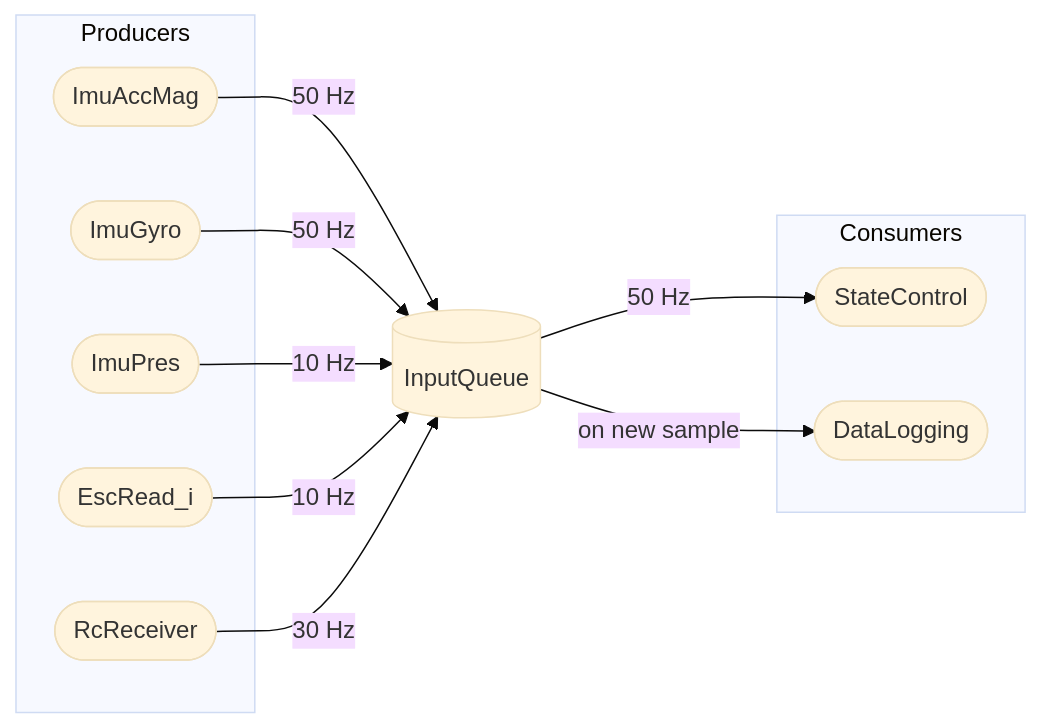
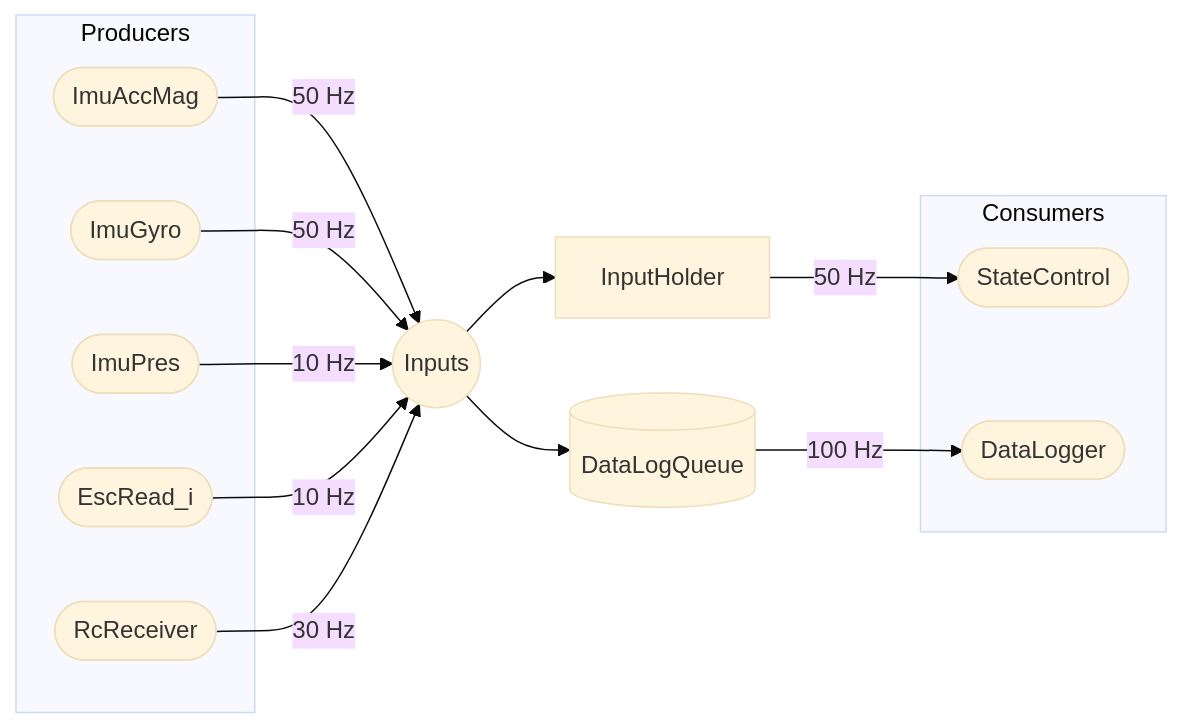
One commit to real-tintin/ugglan changed the first of 2 diagrams in doc/source/drone.rst. Above: the diagram before and after it, drawn with Mermaid (base theme). The commit also changed other lines of this file, not shown here.

```diff
--- a/doc/source/drone.rst
+++ b/doc/source/drone.rst
@@ -21,34 +21,42 @@
 .. mermaid::
     :caption: Overview of the drone software design. Tasks are stadium-shaped nodes.
 
     graph LR
         ImuAccMag([ImuAccMag])
         ImuGyro([ImuGyro])
         ImuPres([ImuPres])
+
         EscRead_i([EscRead_i])
         RcReceiver([RcReceiver])
+
+        Inputs((Inputs))
+        InputHolder[InputHolder]
+        DataLogQueue[(DataLogQueue)]
+
         StateControl([StateControl])
-        DataLogging([DataLogging])
-        InputQueue[(InputQueue)]
+        DataLogger([DataLogger])
 
-        ImuAccMag -- 50 Hz --> InputQueue
-        ImuGyro -- 50 Hz --> InputQueue
-        ImuPres -- 10 Hz --> InputQueue
-        EscRead_i -- 10 Hz --> InputQueue
-        RcReceiver -- 30 Hz --> InputQueue
+        ImuAccMag -- 50 Hz --> Inputs
+        ImuGyro -- 50 Hz --> Inputs
+        ImuPres -- 10 Hz --> Inputs
+        EscRead_i -- 10 Hz --> Inputs
+        RcReceiver -- 30 Hz --> Inputs
 
-        InputQueue -- 50 Hz--> StateControl
-        InputQueue -- on new sample --> DataLogging
+        Inputs --> InputHolder
+        Inputs --> DataLogQueue
+
+        InputHolder -- 50 Hz--> StateControl
+        DataLogQueue -- 100 Hz --> DataLogger
 
         subgraph Producers
         ImuAccMag
         ImuGyro
         ImuPres
         EscRead_i
         RcReceiver
         end
 
         subgraph Consumers
         StateControl
-        DataLogging
+        DataLogger
         end
```
